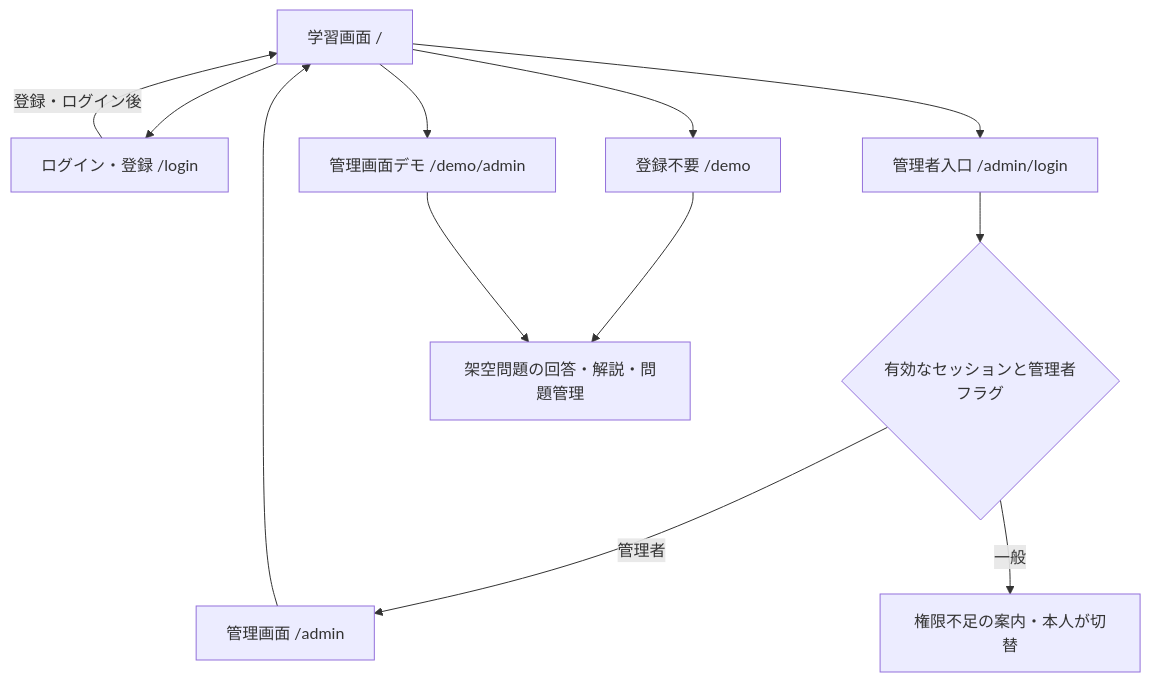
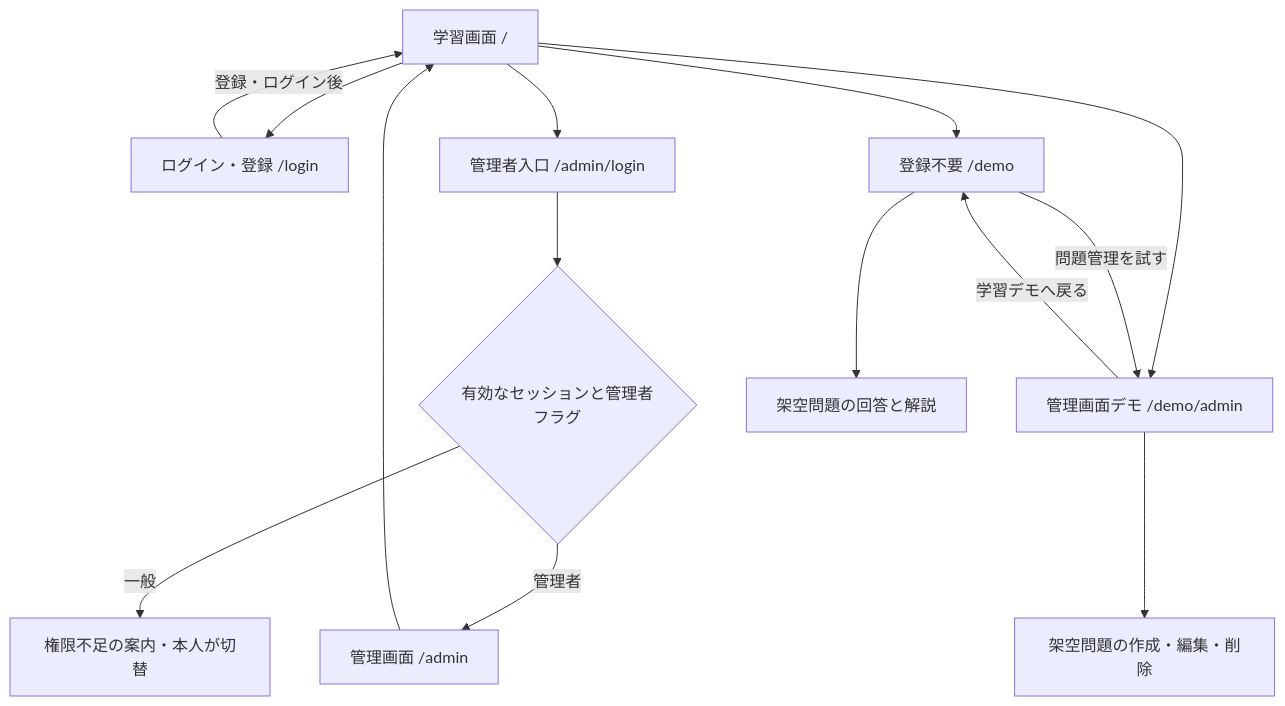
Before and after one commit to bonbabo108/codestep: the first of 2 diagrams in docs/final-design.md, drawn with Mermaid. The commit also changed other lines of this file and 6 other files, not shown here.

````diff
--- a/docs/final-design.md
+++ b/docs/final-design.md
@@ -22,14 +24,16 @@
 ```mermaid
 flowchart TD
   H[学習画面 /] --> L[ログイン・登録 /login]
   L -->|登録・ログイン後| H
   H --> A[管理者入口 /admin/login]
   A --> C{有効なセッションと管理者フラグ}
   C -->|管理者| Q[管理画面 /admin]
   C -->|一般| N[権限不足の案内・本人が切替]
   Q --> H
   H --> D[登録不要 /demo]
-  D --> S[架空問題の回答・解説・問題管理]
   H --> AD[管理画面デモ /demo/admin]
-  AD --> S
+  D -->|問題管理を試す| AD
+  AD -->|学習デモへ戻る| D
+  D --> S[架空問題の回答と解説]
+  AD --> M[架空問題の作成・編集・削除]
 ```
````
